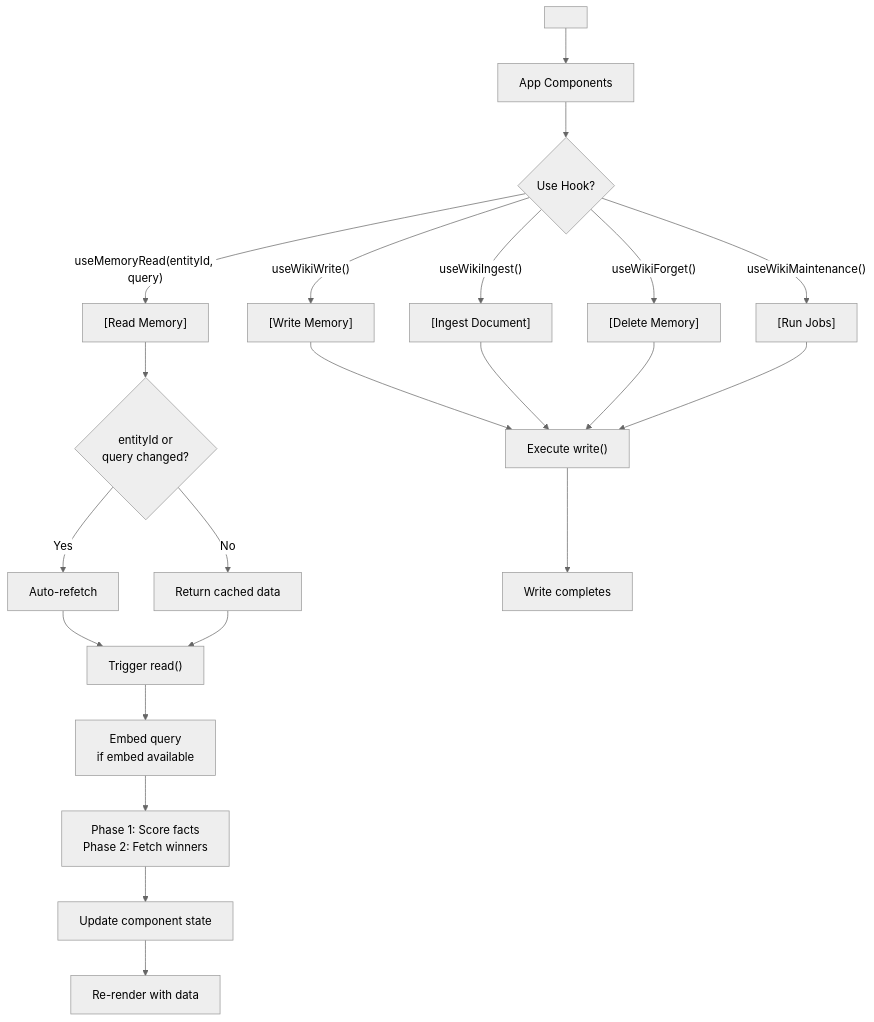
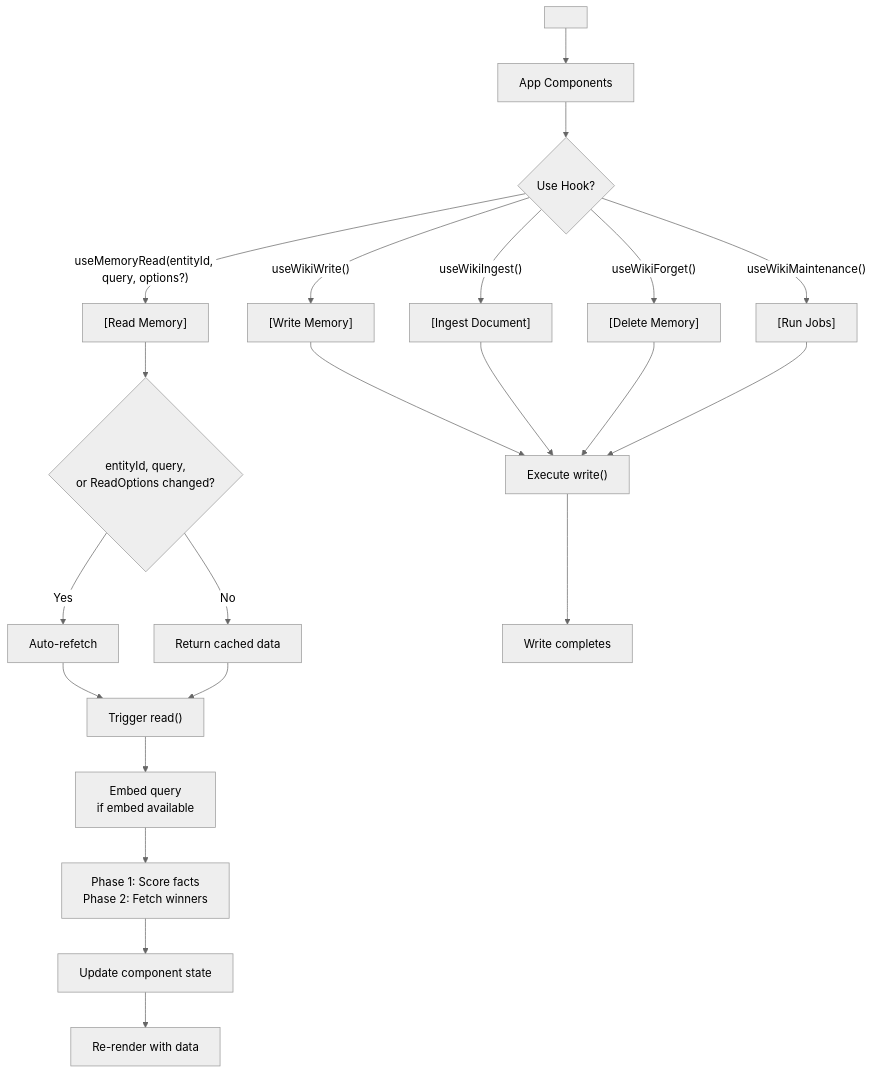
Before and after one commit to equationalapplications/expo-llm-wiki: the first of 2 diagrams in packages/expo/README.md, drawn with Mermaid (neutral theme).

Commit message:
Potential fix for pull request finding

````diff
--- a/packages/expo/README.md
+++ b/packages/expo/README.md
@@ -187,24 +187,24 @@
 ```mermaid
 flowchart TD
     A["<WikiProvider wiki={wiki}>"] --> B["App Components"]
     B --> C{"Use Hook?"}
-    C -->|"useMemoryRead(entityId, query)"| D["[Read Memory]"]
+    C -->|"useMemoryRead(entityId, query, options?)"| D["[Read Memory]"]
     C -->|"useWikiWrite()"| E["[Write Memory]"]
     C -->|"useWikiIngest()"| F["[Ingest Document]"]
     C -->|"useWikiForget()"| G["[Delete Memory]"]
     C -->|"useWikiMaintenance()"| H["[Run Jobs]"]
-    D --> I{"entityId or<br/>query changed?"}
+    D --> I{"entityId, query,<br/>or ReadOptions changed?"}
     I -->|"Yes"| J["Auto-refetch"]
     I -->|"No"| K["Return cached data"]
     J --> L["Trigger read()"]
     K --> L
     L --> M["Embed query<br/>if embed available"]
     M --> N["Phase 1: Score facts<br/>Phase 2: Fetch winners"]
     N --> O["Update component state"]
     O --> P["Re-render with data"]
     E --> Q["Execute write()"]
     F --> Q
     G --> Q
     H --> Q
     Q --> R["Write completes"]
 ```
````
